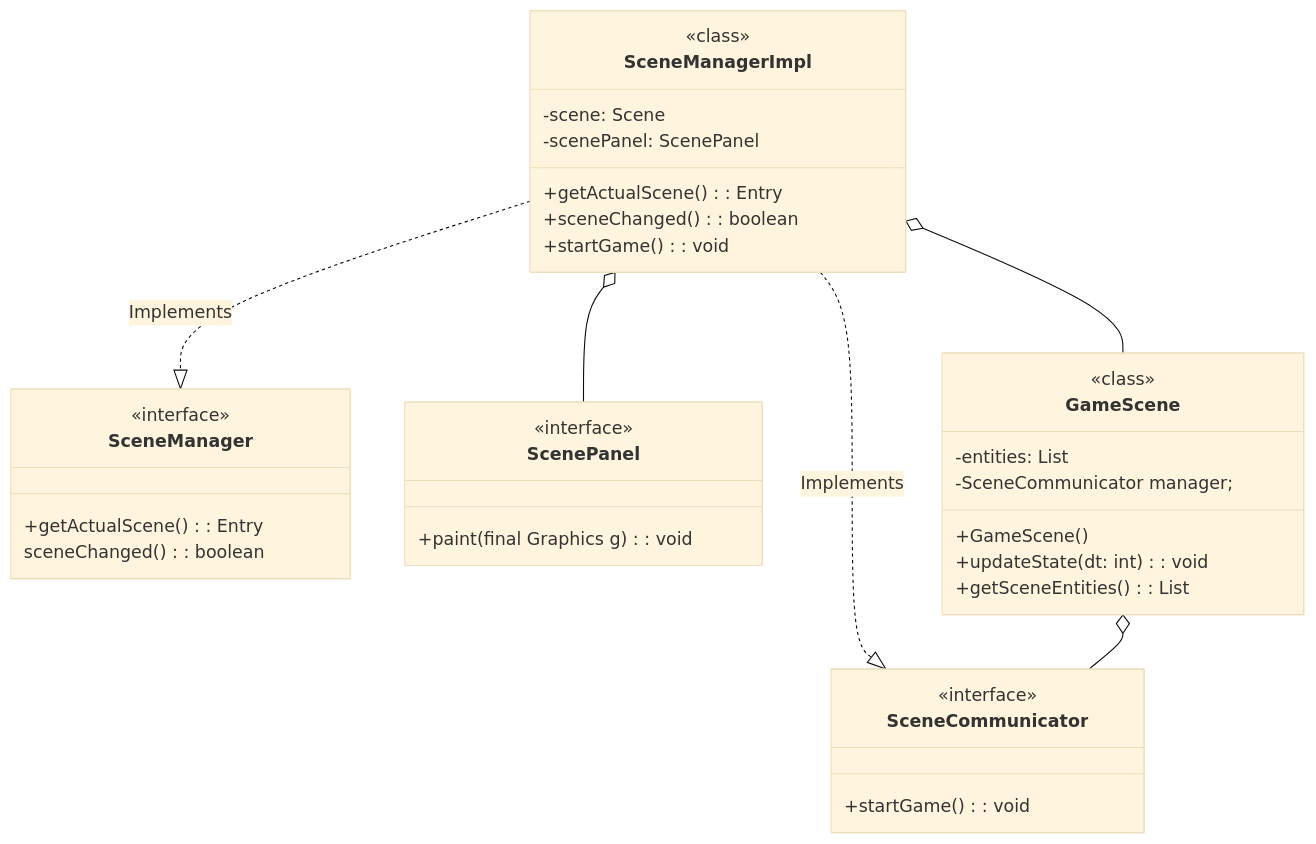
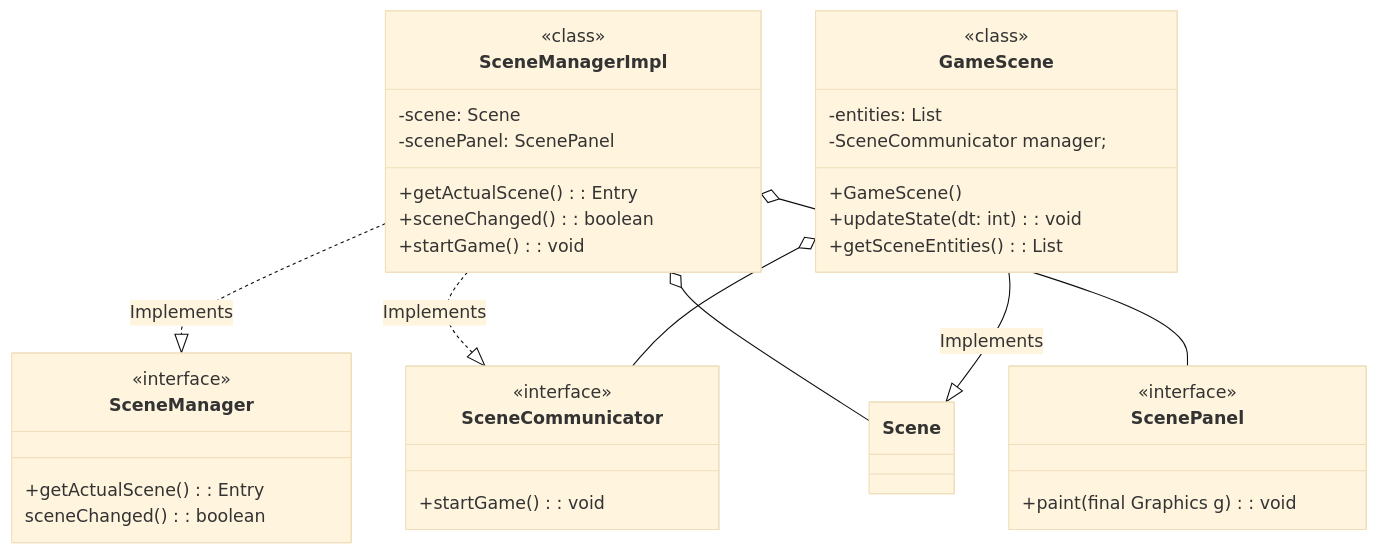
One commit to GiuseppeGambacorta/2DGameEngine changed the third of 3 diagrams in README.md. Above: the diagram before and after it, drawn with Mermaid (base theme).

````diff
--- a/README.md
+++ b/README.md
@@ -156,50 +156,51 @@
 ```mermaid
 classDiagram
 
 class SceneManager {
   <<interface>>
   +getActualScene(): Entry<ScenePanel,Scene>
   sceneChanged(): boolean
 }
 
 
 
 class ScenePanel{
   <<interface>>
   +paint(final Graphics g): void
 }
 
 class SceneManagerImpl {
   <<class>>
   -scene: Scene
   -scenePanel: ScenePanel
   +getActualScene(): Entry<ScenePanel,Scene>
   +sceneChanged(): boolean
   +startGame() : void
 }
 
 
 class GameScene {
   <<class>>
   -entities: List<GameObject>
   -SceneCommunicator manager;
   +GameScene()
   +updateState(dt: int): void
   +getSceneEntities(): List<GameObject>
 }
 
 
 
 class SceneCommunicator {
   <<interface>>
   +startGame() : void
 }
 
 SceneManagerImpl ..|> SceneManager : Implements
 SceneManagerImpl ..|> SceneCommunicator : Implements
-SceneManagerImpl o-- GameScene
+SceneManagerImpl o-- Scene
 SceneManagerImpl o-- ScenePanel
 
+GameScene --|> Scene : Implements
 GameScene o-- SceneCommunicator
 
 ```
````
